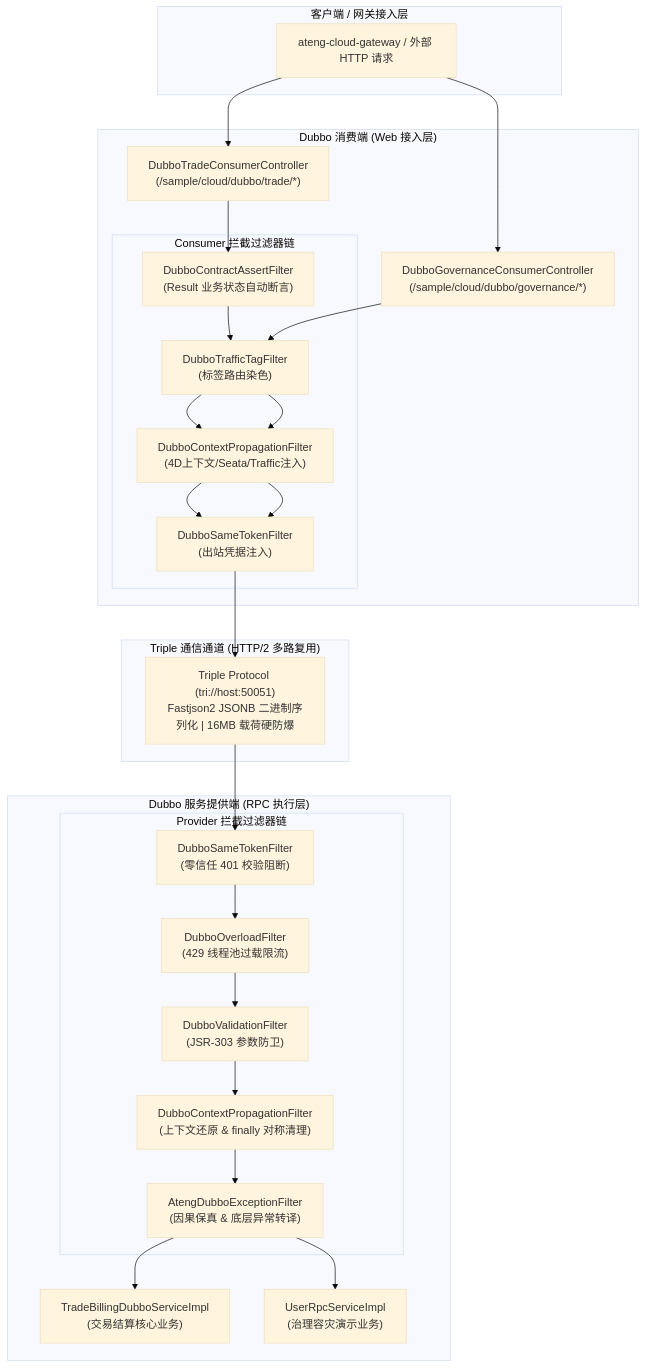
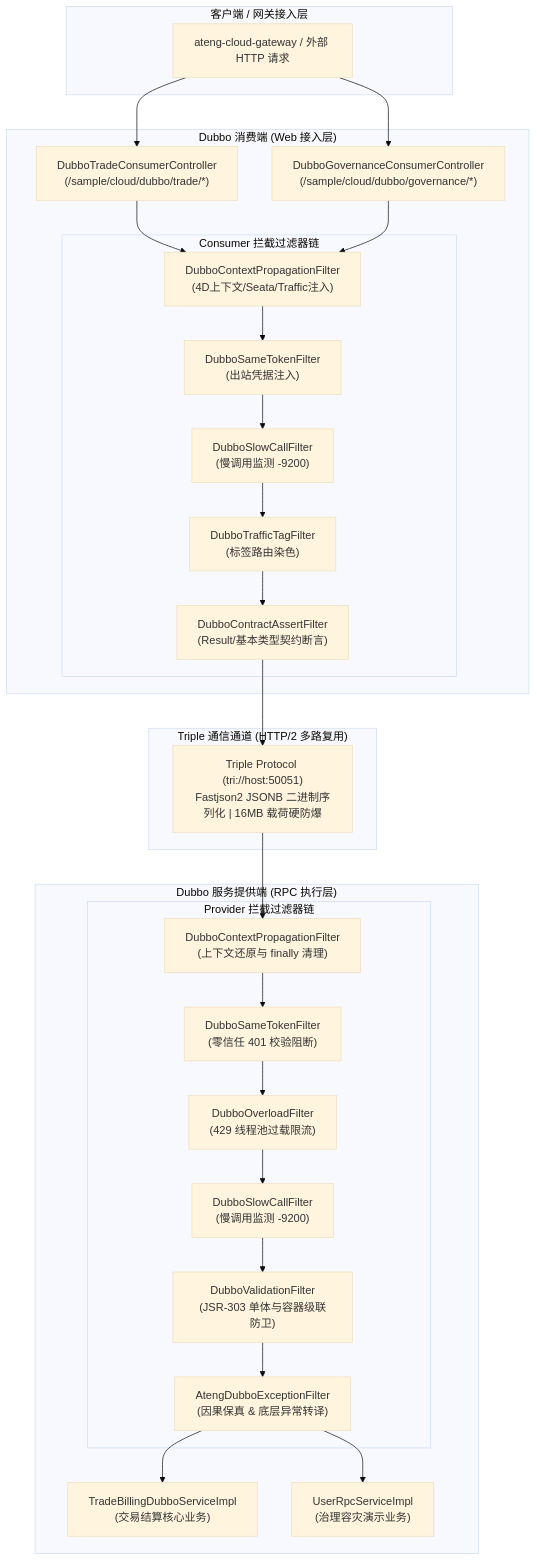
Before and after one commit to atengk/ateng-cloud: the diagram in ateng-cloud-dubbo/README.md, drawn with Mermaid (base theme). The commit also changed other lines of this file and 15 other files, not shown here.

````diff
--- a/ateng-cloud-dubbo/README.md
+++ b/ateng-cloud-dubbo/README.md
@@ -124,44 +138,46 @@
 ```mermaid
 flowchart TD
     subgraph ClientLayer["客户端 / 网关接入层"]
         GW["ateng-cloud-gateway / 外部 HTTP 请求"]
     end
 
     subgraph ConsumerLayer["Dubbo 消费端 (Web 接入层)"]
         TC["DubboTradeConsumerController<br>(/sample/cloud/dubbo/trade/*)"]
         GC["DubboGovernanceConsumerController<br>(/sample/cloud/dubbo/governance/*)"]
         
         subgraph ConsumerFilters["Consumer 拦截过滤器链"]
+            F_CTX_OUT["DubboContextPropagationFilter<br>(4D上下文/Seata/Traffic注入)"]
             F_SAME_OUT["DubboSameTokenFilter<br>(出站凭据注入)"]
-            F_CTX_OUT["DubboContextPropagationFilter<br>(4D上下文/Seata/Traffic注入)"]
+            F_SLOW_OUT["DubboSlowCallFilter<br>(慢调用监测 -9200)"]
             F_TAG_OUT["DubboTrafficTagFilter<br>(标签路由染色)"]
-            F_ASSERT["DubboContractAssertFilter<br>(Result 业务状态自动断言)"]
+            F_ASSERT["DubboContractAssertFilter<br>(Result/基本类型契约断言)"]
         end
     end
 
     subgraph TripleNetwork["Triple 通信通道 (HTTP/2 多路复用)"]
         TRI["Triple Protocol (tri://host:50051)<br>Fastjson2 JSONB 二进制序列化 | 16MB 载荷硬防爆"]
     end
 
     subgraph ProviderLayer["Dubbo 服务提供端 (RPC 执行层)"]
         subgraph ProviderFilters["Provider 拦截过滤器链"]
+            F_CTX_IN["DubboContextPropagationFilter<br>(上下文还原与 finally 清理)"]
             F_SAME_IN["DubboSameTokenFilter<br>(零信任 401 校验阻断)"]
             F_OVERLOAD["DubboOverloadFilter<br>(429 线程池过载限流)"]
-            F_VALID["DubboValidationFilter<br>(JSR-303 参数防卫)"]
-            F_CTX_IN["DubboContextPropagationFilter<br>(上下文还原 & finally 对称清理)"]
+            F_SLOW_IN["DubboSlowCallFilter<br>(慢调用监测 -9200)"]
+            F_VALID["DubboValidationFilter<br>(JSR-303 单体与容器级联防卫)"]
             F_EXC["AtengDubboExceptionFilter<br>(因果保真 & 底层异常转译)"]
         end
         
         TS["TradeBillingDubboServiceImpl<br>(交易结算核心业务)"]
         US["UserRpcServiceImpl<br>(治理容灾演示业务)"]
     end
 
     GW --> TC
     GW --> GC
-    TC --> F_ASSERT --> F_TAG_OUT --> F_CTX_OUT --> F_SAME_OUT
-    GC --> F_TAG_OUT --> F_CTX_OUT --> F_SAME_OUT
-    F_SAME_OUT --> TRI
-    TRI --> F_SAME_IN --> F_OVERLOAD --> F_VALID --> F_CTX_IN --> F_EXC
+    TC --> F_CTX_OUT --> F_SAME_OUT --> F_SLOW_OUT --> F_TAG_OUT --> F_ASSERT
+    GC --> F_CTX_OUT
+    F_ASSERT --> TRI
+    TRI --> F_CTX_IN --> F_SAME_IN --> F_OVERLOAD --> F_SLOW_IN --> F_VALID --> F_EXC
     F_EXC --> TS
     F_EXC --> US
 ```
````
